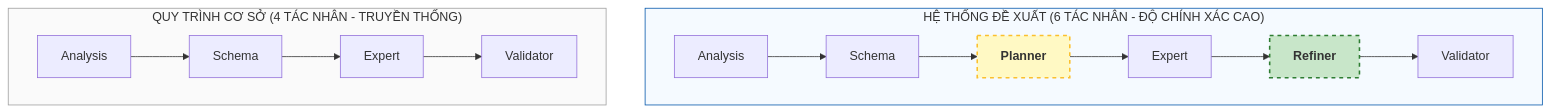
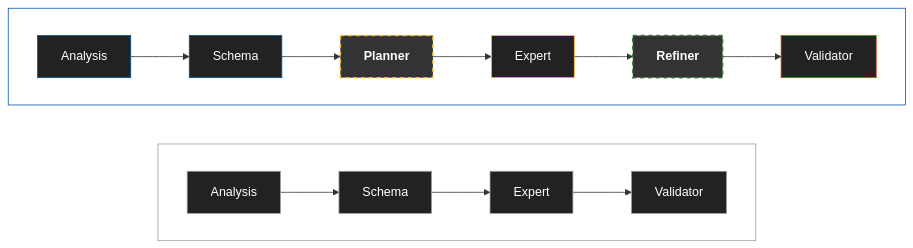
Before and after one commit to thanhmiyata/luan-van-tot-nghiep: the third of 5 diagrams in complete_paper_combined_vi.md, drawn with Mermaid. The commit also changed other lines of this file, not shown here.

````diff
--- a/complete_paper_combined_vi.md
+++ b/complete_paper_combined_vi.md
@@ -354,19 +362,32 @@
 ```mermaid
 graph TD
     subgraph P6 ["HỆ THỐNG ĐỀ XUẤT (6 TÁC NHÂN - ĐỘ CHÍNH XÁC CAO)"]
         direction LR
         A1["Analysis"] --> A2["Schema"] --> A3["<b>Planner</b>"] --> A4["Expert"] --> A5["<b>Refiner</b>"] --> A6["Validator"]
     end
 
+    %% Khoảng cách giữa 2 diagram
+    P6 ~~~ P4
+
     subgraph P4 ["QUY TRÌNH CƠ SỞ (4 TÁC NHÂN - TRUYỀN THỐNG)"]
         direction LR
         B1["Analysis"] --> B2["Schema"] --> B4["Expert"] --> B6["Validator"]
     end
 
-    %% Highlight the critical added agents
-    style A3 fill:#fff9c4,stroke:#fbc02d,stroke-width:2px,stroke-dasharray: 5 5
-    style A5 fill:#c8e6c9,stroke:#2e7d32,stroke-width:2px,stroke-dasharray: 5 5
+    %% Style
+    style A3 fill:#333,stroke:#fbc02d,stroke-width:2px,stroke-dasharray: 5 5,color:#fff
+    style A5 fill:#333,stroke:#2e7d32,stroke-width:2px,stroke-dasharray: 5 5,color:#fff
     
-    style P6 fill:#f5faff,stroke:#0055aa
-    style P4 fill:#fafafa,stroke:#9e9e9e
+    style P6 fill:transparent,stroke:#0055aa,color:#fff
+    style P4 fill:transparent,stroke:#9e9e9e,color:#fff
+
+    %% Node styles for dark mode visibility
+    style A1 fill:#222,stroke:#01579b,color:#fff
+    style A2 fill:#222,stroke:#01579b,color:#fff
+    style A4 fill:#222,stroke:#fbc02d,color:#fff
+    style A6 fill:#222,stroke:#d84315,color:#fff
+    style B1 fill:#222,stroke:#9e9e9e,color:#fff
+    style B2 fill:#222,stroke:#9e9e9e,color:#fff
+    style B4 fill:#222,stroke:#9e9e9e,color:#fff
+    style B6 fill:#222,stroke:#9e9e9e,color:#fff
 ```
````
